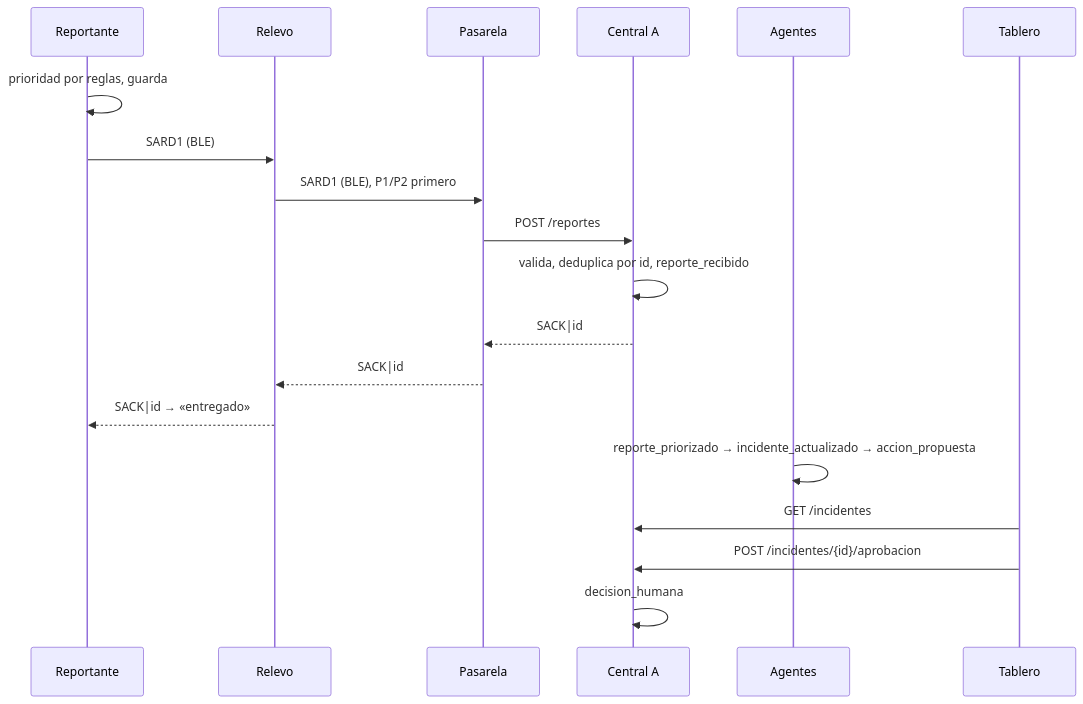
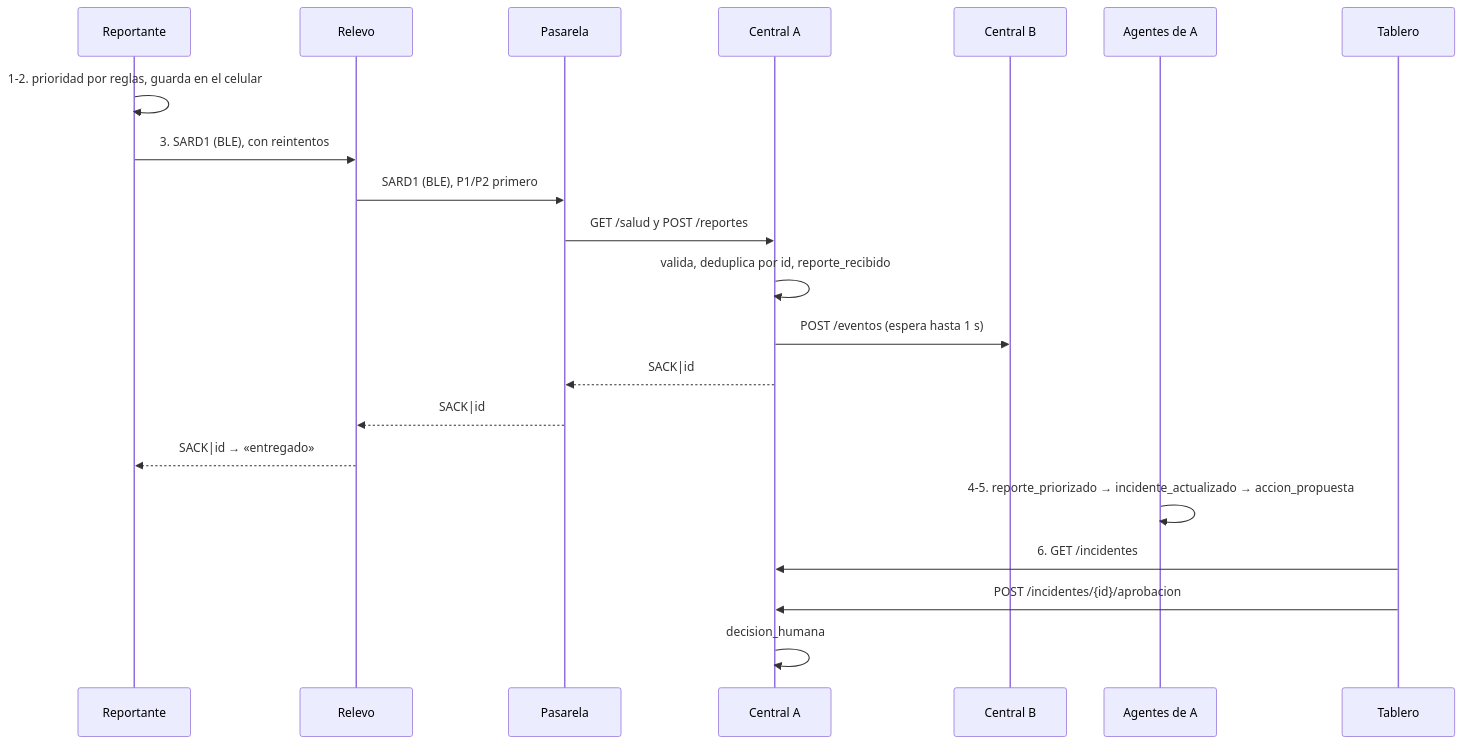
Before and after one commit to aphelions-dev/sard-expoasi: the second of 3 diagrams in docs/entregables/03-arquitectura.md, drawn with Mermaid. The commit also changed other lines of this file and 8 other files, not shown here.

````diff
--- a/docs/entregables/03-arquitectura.md
+++ b/docs/entregables/03-arquitectura.md
@@ -95,21 +115,23 @@
 ```mermaid
 sequenceDiagram
     participant R as Reportante
     participant V as Relevo
     participant P as Pasarela
-    participant C as Central A
-    participant G as Agentes
+    participant A as Central A
+    participant B as Central B
+    participant G as Agentes de A
     participant T as Tablero
-    R->>R: prioridad por reglas, guarda
-    R->>V: SARD1 (BLE)
+    R->>R: 1-2. prioridad por reglas, guarda en el celular
+    R->>V: 3. SARD1 (BLE), con reintentos
     V->>P: SARD1 (BLE), P1/P2 primero
-    P->>C: POST /reportes
-    C->>C: valida, deduplica por id, reporte_recibido
-    C-->>P: SACK|id
+    P->>A: GET /salud y POST /reportes
+    A->>A: valida, deduplica por id, reporte_recibido
+    A->>B: POST /eventos (espera hasta 1 s)
+    A-->>P: SACK|id
     P-->>V: SACK|id
     V-->>R: SACK|id → «entregado»
-    G->>G: reporte_priorizado → incidente_actualizado → accion_propuesta
-    T->>C: GET /incidentes
-    T->>C: POST /incidentes/{id}/aprobacion
-    C->>C: decision_humana
+    G->>G: 4-5. reporte_priorizado → incidente_actualizado → accion_propuesta
+    T->>A: 6. GET /incidentes
+    T->>A: POST /incidentes/{id}/aprobacion
+    A->>A: decision_humana
 ```
````
